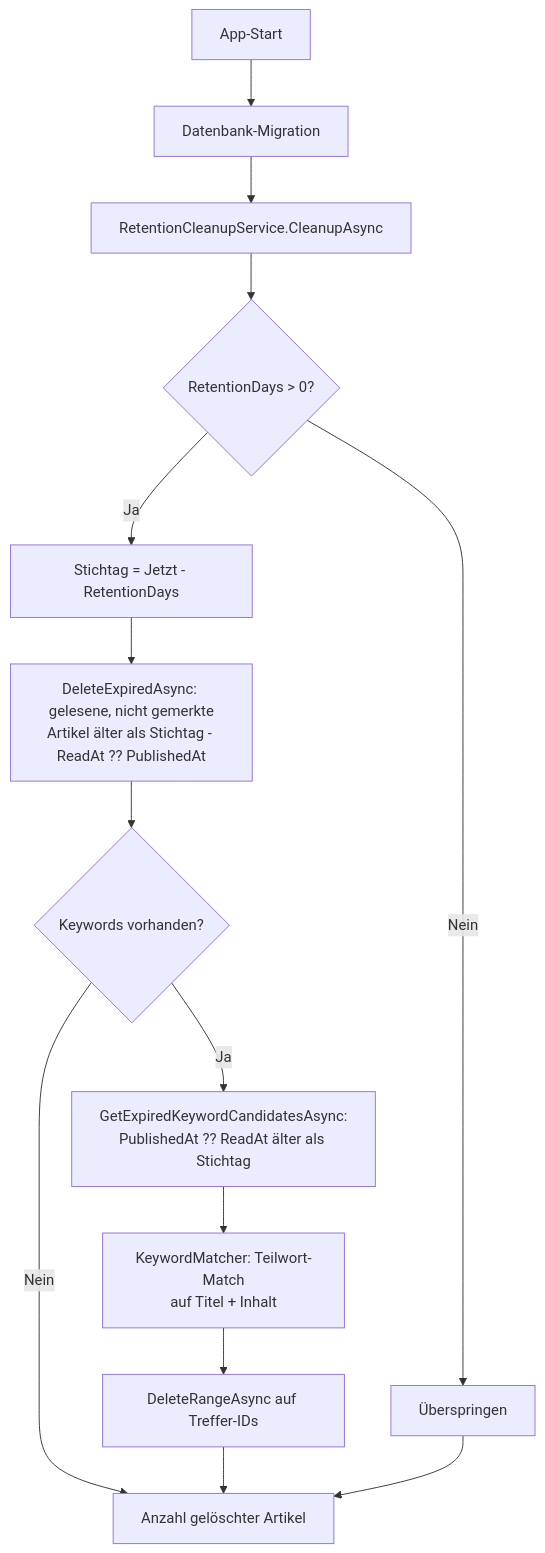
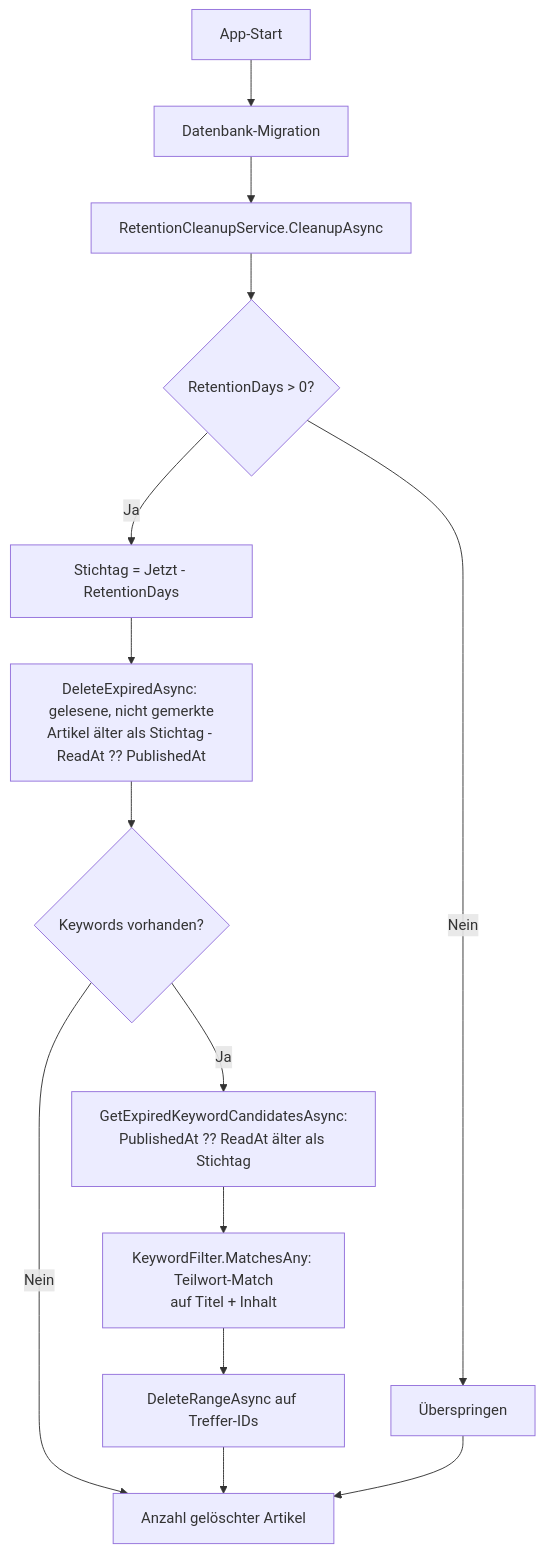
Before and after one commit to martin-stromberg/Reporter: the diagram in docs/help/anwendung/aufbewahrung.md, drawn with Mermaid. The commit also changed other lines of this file and 50 other files, not shown here.

````diff
--- a/docs/help/anwendung/aufbewahrung.md
+++ b/docs/help/anwendung/aufbewahrung.md
@@ -41,16 +43,16 @@
 ```mermaid
 flowchart TD
     A[App-Start] --> B[Datenbank-Migration]
     B --> C[RetentionCleanupService.CleanupAsync]
     C --> D{RetentionDays > 0?}
     D -- Nein --> E[Überspringen]
     D -- Ja --> F[Stichtag = Jetzt - RetentionDays]
     F --> G[DeleteExpiredAsync: gelesene, nicht gemerkte<br/>Artikel älter als Stichtag - ReadAt ?? PublishedAt]
     G --> K{Keywords vorhanden?}
     K -- Nein --> H[Anzahl gelöschter Artikel]
     K -- Ja --> L[GetExpiredKeywordCandidatesAsync:<br/>PublishedAt ?? ReadAt älter als Stichtag]
-    L --> M[KeywordMatcher: Teilwort-Match<br/>auf Titel + Inhalt]
+    L --> M[KeywordFilter.MatchesAny: Teilwort-Match<br/>auf Titel + Inhalt]
     M --> N[DeleteRangeAsync auf Treffer-IDs]
     N --> H
     E --> H
 ```
````
